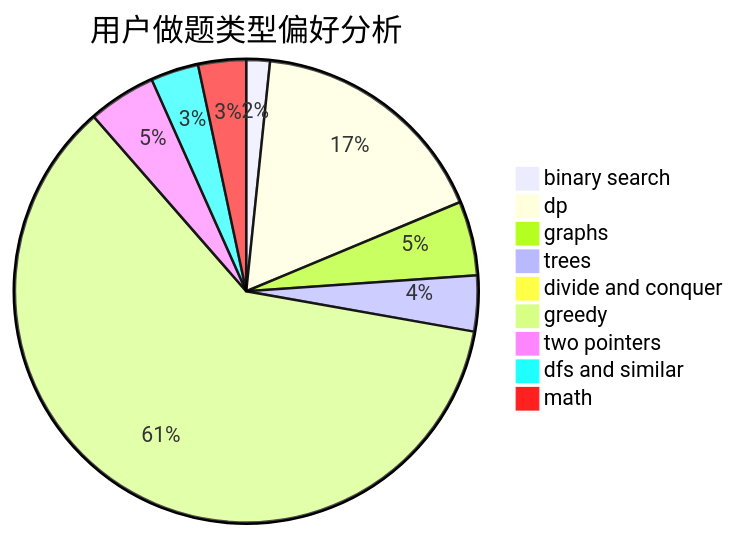
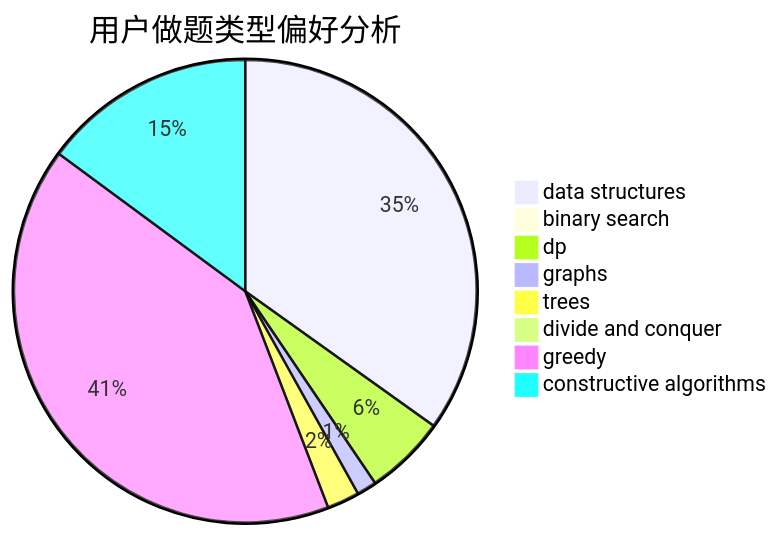
The second of 3 diagrams in docs/user/u1656.md (sherpahu/cfrs.github.io), drawn with Mermaid before and after one commit. The commit also changed other lines of this file and 2775 other files, not shown here.

````diff
--- a/docs/user/u1656.md
+++ b/docs/user/u1656.md
@@ -23,12 +23,11 @@
 ```mermaid
 pie title 用户做题类型偏好分析
-    "binary search" :  33
-    "dp" :  342
-    "graphs" :  104
-    "trees" :  78
-    "divide and conquer" :  1
-    "greedy" :  1218
-    "two pointers" :  95
-    "dfs and similar" :  67
-    "math" :  67
+    "data structures" :  832
+    "binary search" :  22
+    "dp" :  135
+    "graphs" :  33
+    "trees" :  54
+    "divide and conquer" :  0
+    "greedy" :  977
+    "constructive algorithms" :  355
 ```
````
